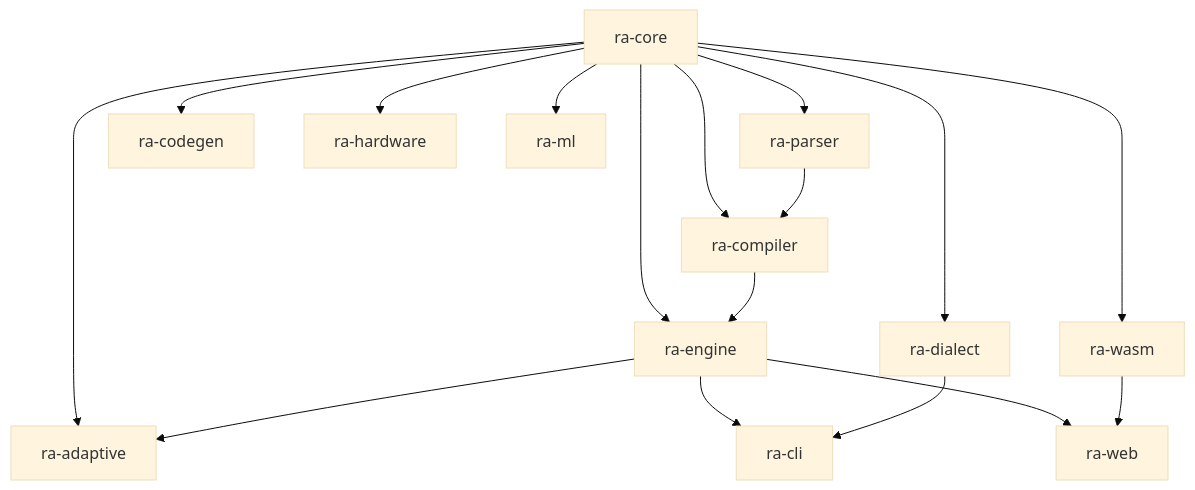
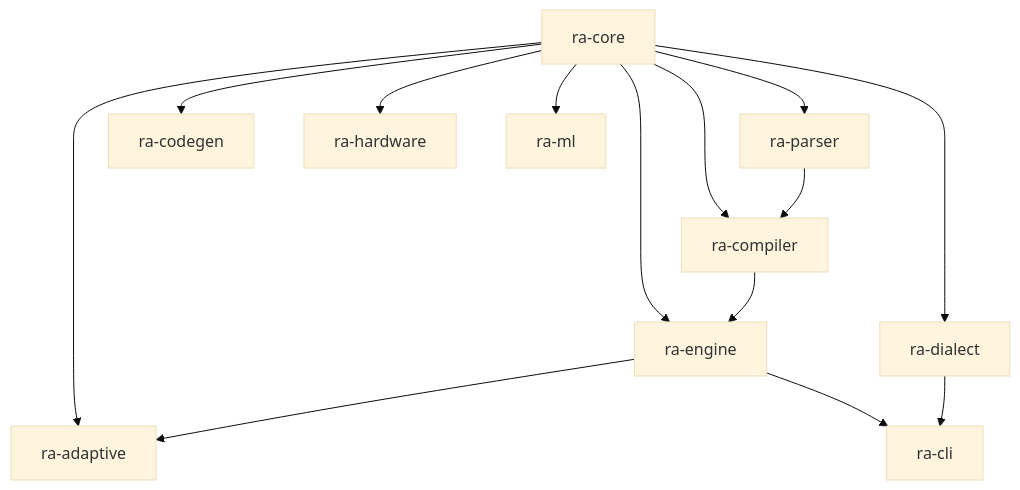
One commit to gburd/ra changed the second of 7 diagrams in docs/features/platform-architecture.md. Above: the diagram before and after it, drawn with Mermaid (base theme). The commit also changed other lines of this file and 49 other files, not shown here.

First line of the commit message:
update documentation for layered architecture reorganization

````diff
--- a/docs/features/platform-architecture.md
+++ b/docs/features/platform-architecture.md
@@ -65,21 +58,17 @@
 ```mermaid
 graph TD
     Core[ra-core] --> Parser[ra-parser]
     Core --> Compiler[ra-compiler]
     Core --> Engine[ra-engine]
     Core --> Codegen[ra-codegen]
     Core --> Hardware[ra-hardware]
     Core --> ML[ra-ml]
     Core --> Adaptive[ra-adaptive]
     Core --> Dialect[ra-dialect]
-    Core --> Wasm[ra-wasm]
-
     Parser --> Compiler
     Compiler --> Engine
     Engine --> Adaptive
 
     Engine --> CLI[ra-cli]
     Dialect --> CLI
-    Engine --> Web[ra-web]
-    Wasm --> Web
 ```
````
